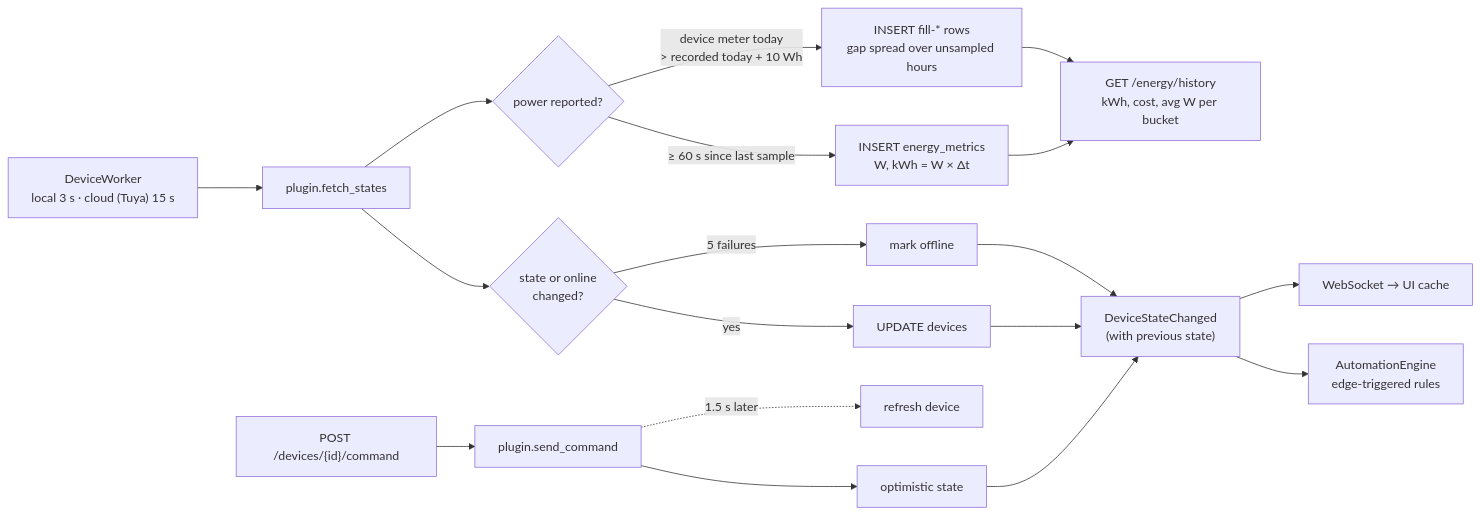
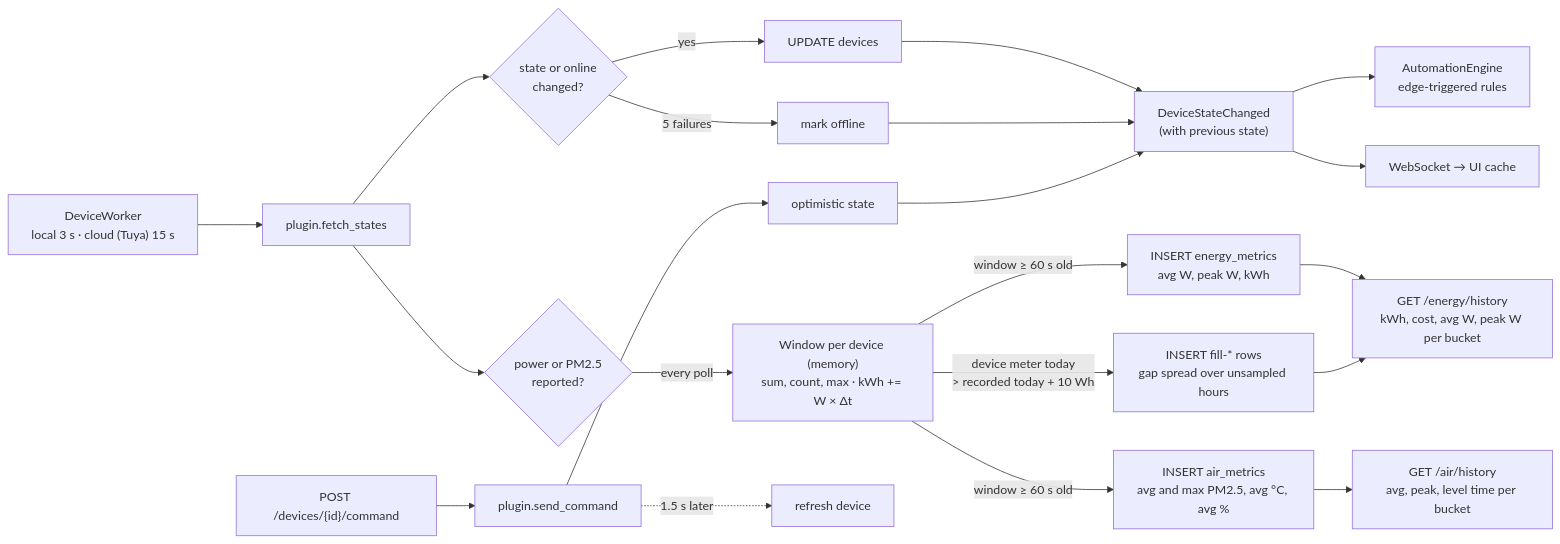
The sixth of 14 diagrams in development/docs/ARCHITECTURE.md (aiyu-ayaan/Domus), drawn with Mermaid before and after one commit. The commit also changed other lines of this file and 1 other file, not shown here.

Commit message:
docs(Analytics) : Describe per-minute sampling with peaks, the new history fields and the hour grid

````diff
--- a/development/docs/ARCHITECTURE.md
+++ b/development/docs/ARCHITECTURE.md
@@ -216,16 +216,19 @@
 ```mermaid
 flowchart LR
     Poll["DeviceWorker<br/>local 3 s · cloud (Tuya) 15 s"] --> FS["plugin.fetch_states"]
     FS --> Diff{"state or online<br/>changed?"}
     Diff -- yes --> Save["UPDATE devices"] --> Ev["DeviceStateChanged<br/>(with previous state)"]
     Diff -- 5 failures --> Off["mark offline"] --> Ev
-    FS --> Meter{"power reported?"}
-    Meter -- "≥ 60 s since last sample" --> EM["INSERT energy_metrics<br/>W, kWh = W × Δt"]
-    Meter -- "device meter today<br/>> recorded today + 10 Wh" --> Fill["INSERT fill-* rows<br/>gap spread over unsampled hours"]
-    EM --> Hist["GET /energy/history<br/>kWh, cost, avg W per bucket"]
+    FS --> Meter{"power or PM2.5<br/>reported?"}
+    Meter -- "every poll" --> Win["Window per device (memory)<br/>sum, count, max · kWh += W × Δt"]
+    Win -- "window ≥ 60 s old" --> EM["INSERT energy_metrics<br/>avg W, peak W, kWh"]
+    Win -- "window ≥ 60 s old" --> AM["INSERT air_metrics<br/>avg and max PM2.5, avg °C, avg %"]
+    Win -- "device meter today<br/>> recorded today + 10 Wh" --> Fill["INSERT fill-* rows<br/>gap spread over unsampled hours"]
+    EM --> Hist["GET /energy/history<br/>kWh, cost, avg W, peak W per bucket"]
+    AM --> AHist["GET /air/history<br/>avg, peak, level time per bucket"]
     Fill --> Hist
     Ev --> AE["AutomationEngine<br/>edge-triggered rules"]
     Ev --> WSS["WebSocket → UI cache"]
     Cmd["POST /devices/{id}/command"] --> Send["plugin.send_command"] --> Opt["optimistic state"] --> Ev
     Send -. "1.5 s later" .-> Refresh["refresh device"]
 ```
````
